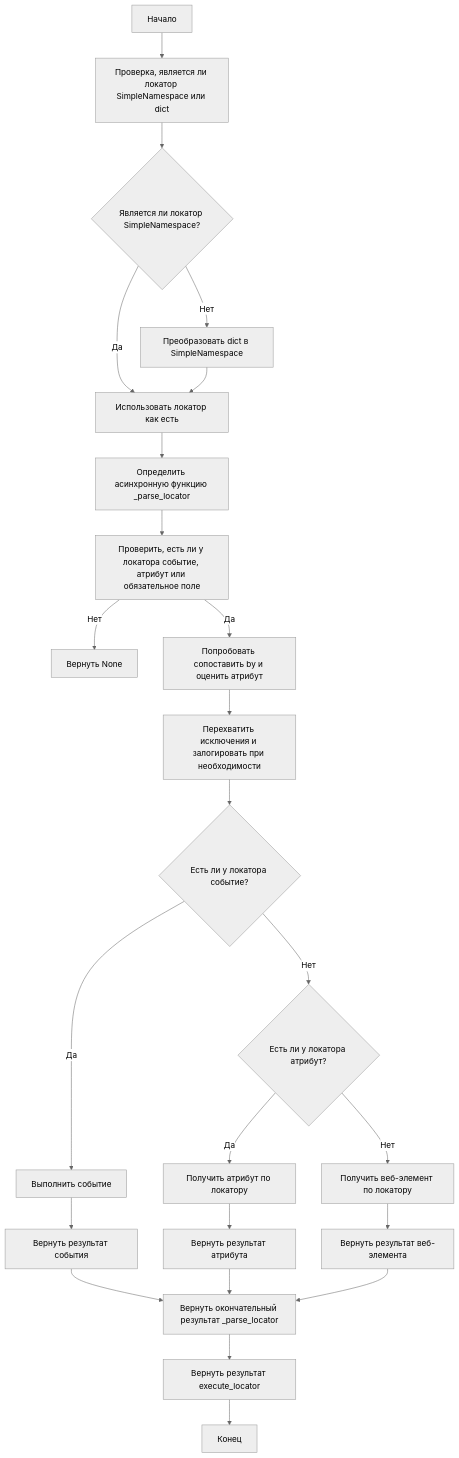
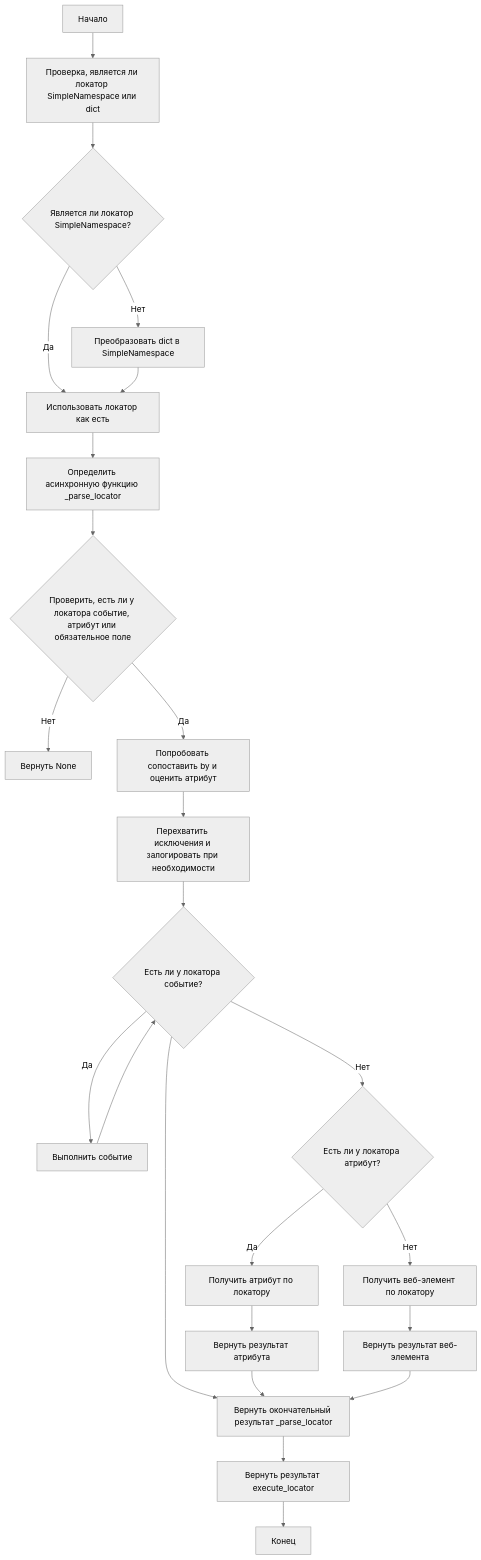
Before and after one commit to hypo69/hypo: the first of 3 diagrams in src/webdriver/executor.ru.md, drawn with Mermaid (neutral theme). The commit also changed other lines of this file and 694 other files, not shown here.

````diff
--- a/src/webdriver/executor.ru.md
+++ b/src/webdriver/executor.ru.md
@@ -47,26 +47,26 @@
   ```mermaid
   graph TD
   Start[Начало] --> CheckLocatorType[Проверка, является ли локатор SimpleNamespace или dict]
   CheckLocatorType --> IsSimpleNamespace{Является ли локатор SimpleNamespace?}
   IsSimpleNamespace -->|Да| UseLocatorAsIs[Использовать локатор как есть]
   IsSimpleNamespace -->|Нет| ConvertDictToSimpleNamespace[Преобразовать dict в SimpleNamespace]
   ConvertDictToSimpleNamespace --> UseLocatorAsIs
   UseLocatorAsIs --> DefineParseLocator[Определить асинхронную функцию _parse_locator]
-  DefineParseLocator --> CheckEventAttributeMandatory[Проверить, есть ли у локатора событие, атрибут или обязательное поле]
+  DefineParseLocator --> CheckEventAttributeMandatory{Проверить, есть ли у локатора событие, атрибут или обязательное поле}
   CheckEventAttributeMandatory -->|Нет| ReturnNone[Вернуть None]
   CheckEventAttributeMandatory -->|Да| TryMapByEvaluateAttribute[Попробовать сопоставить by и оценить атрибут]
   TryMapByEvaluateAttribute --> CatchExceptionsAndLog[Перехватить исключения и залогировать при необходимости]
   CatchExceptionsAndLog --> HasEvent{Есть ли у локатора событие?}
   HasEvent -->|Да| ExecuteEvent[Выполнить событие]
   HasEvent -->|Нет| HasAttribute{Есть ли у локатора атрибут?}
   HasAttribute -->|Да| GetAttributeByLocator[Получить атрибут по локатору]
   HasAttribute -->|Нет| GetWebElementByLocator[Получить веб-элемент по локатору]
-  ExecuteEvent --> ReturnEventResult[Вернуть результат события]
+  ExecuteEvent --> HasEvent
+  HasEvent --> ReturnFinalResult[Вернуть окончательный результат _parse_locator]
   GetAttributeByLocator --> ReturnAttributeResult[Вернуть результат атрибута]
   GetWebElementByLocator --> ReturnWebElementResult[Вернуть результат веб-элемента]
-  ReturnEventResult --> ReturnFinalResult[Вернуть окончательный результат _parse_locator]
   ReturnAttributeResult --> ReturnFinalResult
   ReturnWebElementResult --> ReturnFinalResult
   ReturnFinalResult --> ReturnExecuteLocatorResult[Вернуть результат execute_locator]
   ReturnExecuteLocatorResult --> End[Конец]
   ```
````
